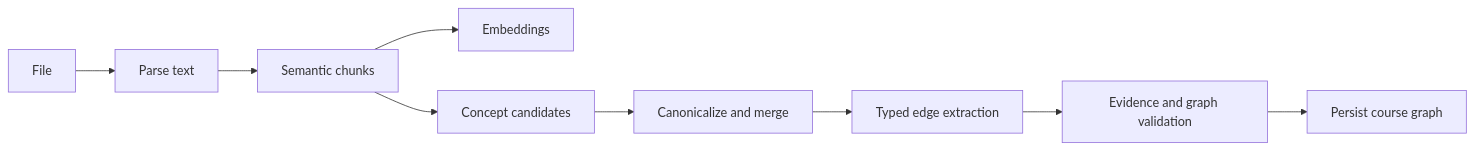
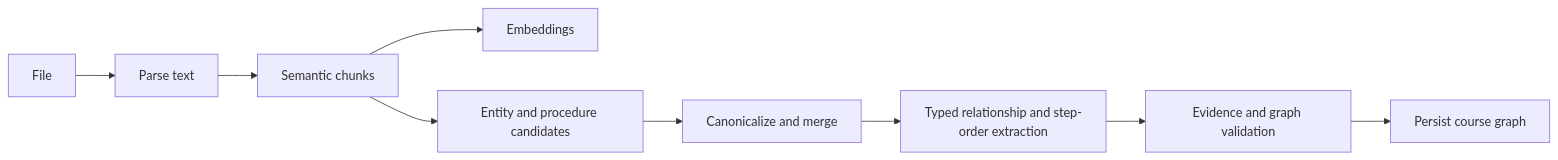
Before and after one commit to kat0409/hack-rice-16: the seventh of 11 diagrams in design-doc.md, drawn with Mermaid. The commit also changed other lines of this file and 1 other file, not shown here.

Commit message:
Smaller design doc for architecture review

````diff
--- a/design-doc.md
+++ b/design-doc.md
@@ -731,11 +810,11 @@
 ```mermaid
 flowchart LR
     File["File"] --> Parse["Parse text"]
     Parse --> Chunk["Semantic chunks"]
     Chunk --> Embed["Embeddings"]
-    Chunk --> Extract["Concept candidates"]
+    Chunk --> Extract["Entity and procedure candidates"]
     Extract --> Resolve["Canonicalize and merge"]
-    Resolve --> Relate["Typed edge extraction"]
+    Resolve --> Relate["Typed relationship and step-order extraction"]
     Relate --> Validate["Evidence and graph validation"]
     Validate --> Persist["Persist course graph"]
 ```
````
